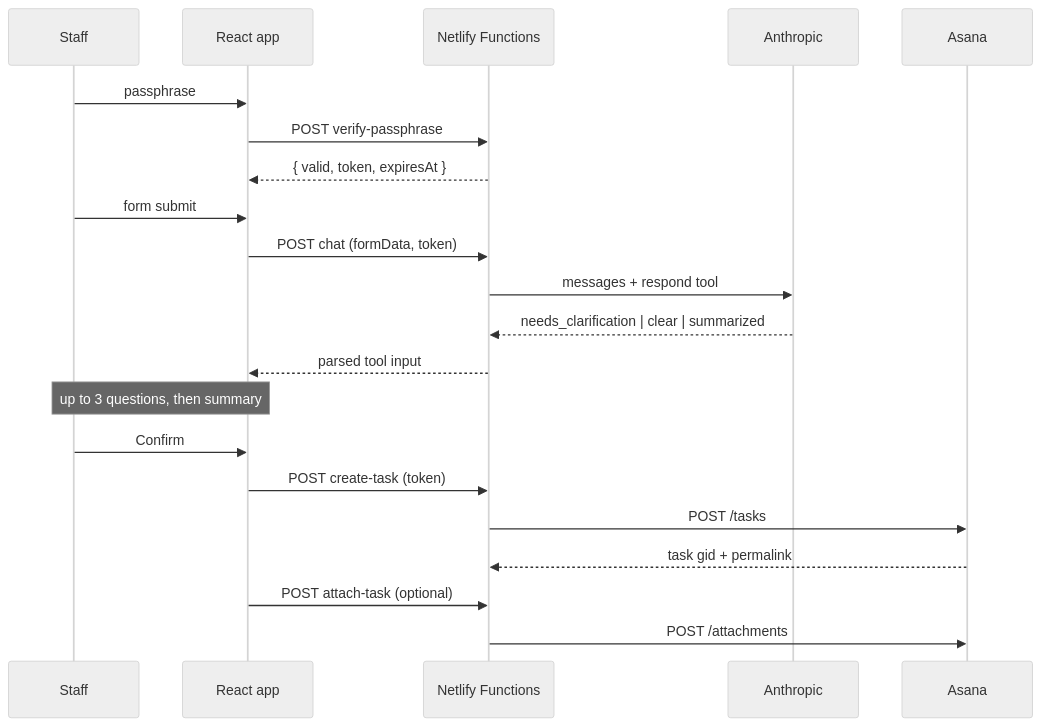
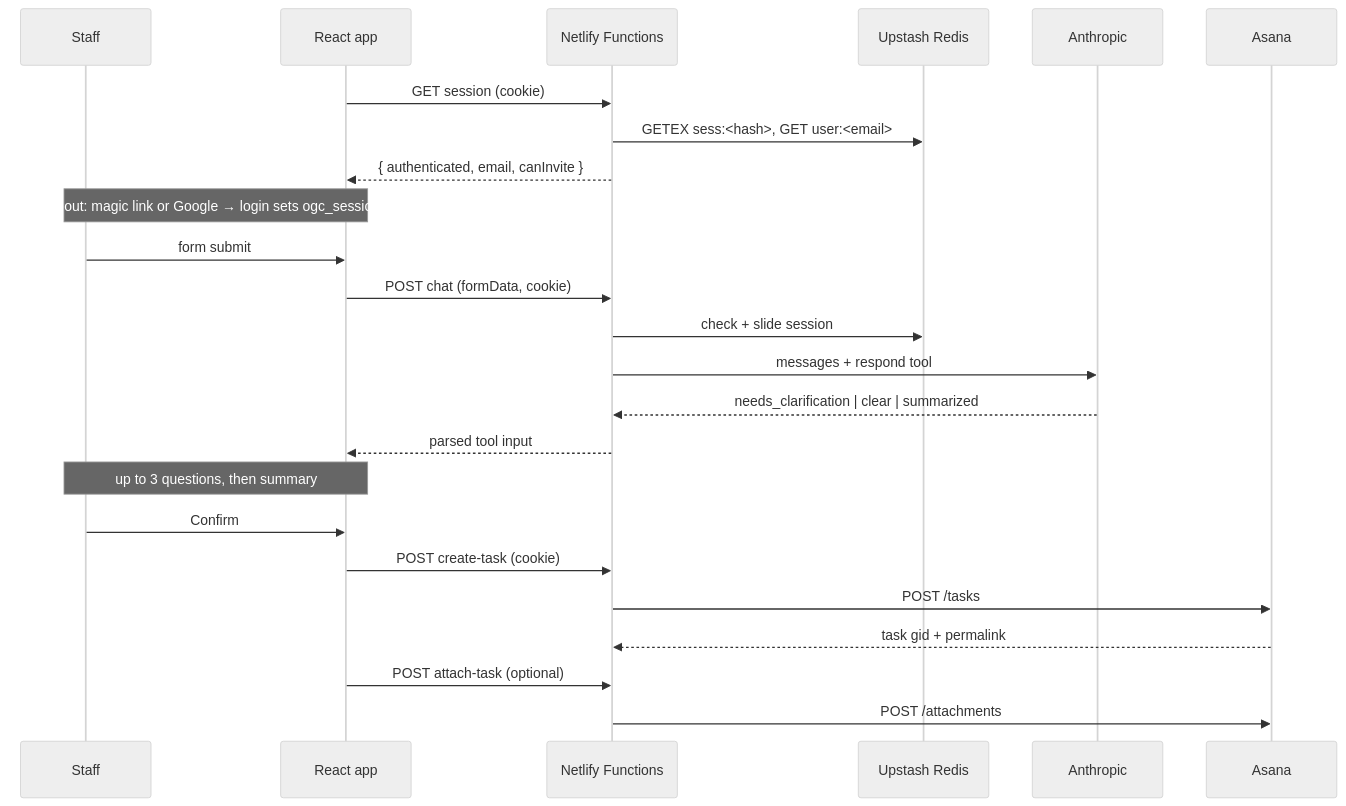
Before and after one commit to chowie/ogc-asana-intake-form: the diagram in docs/architecture/overview.mdx, drawn with Mermaid (neutral theme). The commit also changed other lines of this file and 15 other files, not shown here.

````diff
--- a/docs/architecture/overview.mdx
+++ b/docs/architecture/overview.mdx
@@ -12,24 +14,27 @@
 ```mermaid
 sequenceDiagram
     participant U as Staff
     participant A as React app
     participant F as Netlify Functions
+    participant R as Upstash Redis
     participant C as Anthropic
     participant S as Asana
 
-    U->>A: passphrase
-    A->>F: POST verify-passphrase
-    F-->>A: { valid, token, expiresAt }
+    A->>F: GET session (cookie)
+    F->>R: GETEX sess:<hash>, GET user:<email>
+    F-->>A: { authenticated, email, canInvite }
+    Note over U,A: if signed out: magic link or Google → login sets ogc_session cookie
     U->>A: form submit
-    A->>F: POST chat (formData, token)
+    A->>F: POST chat (formData, cookie)
+    F->>R: check + slide session
     F->>C: messages + respond tool
     C-->>F: needs_clarification | clear | summarized
     F-->>A: parsed tool input
     Note over U,A: up to 3 questions, then summary
     U->>A: Confirm
-    A->>F: POST create-task (token)
+    A->>F: POST create-task (cookie)
     F->>S: POST /tasks
     S-->>F: task gid + permalink
     A->>F: POST attach-task (optional)
     F->>S: POST /attachments
 ```
````
